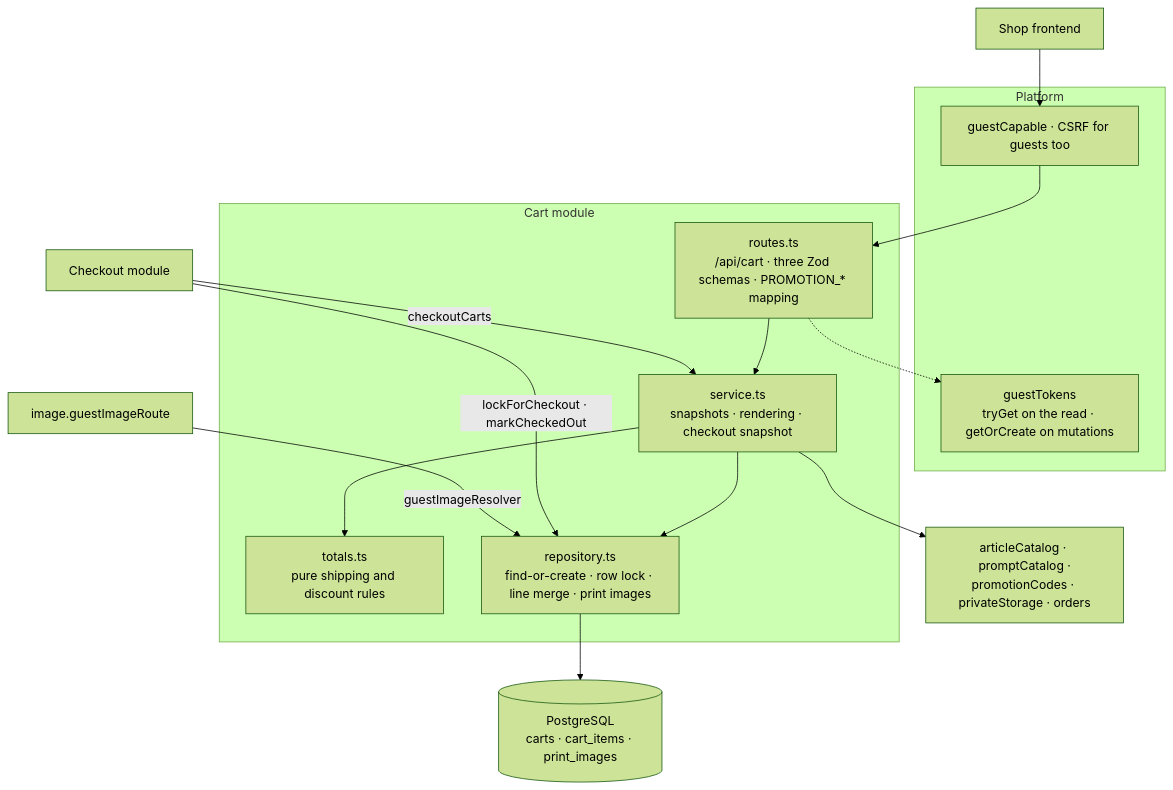
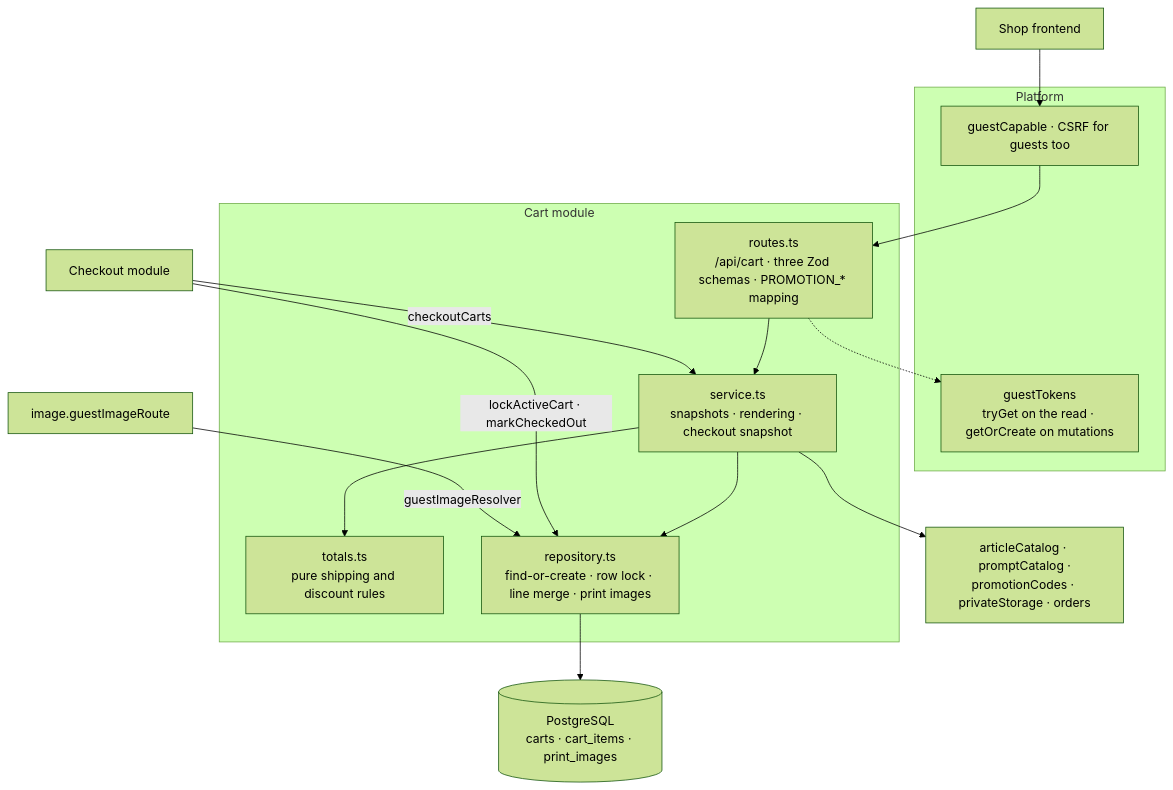
One commit to bitstorm-tech/voenix-shop-kotlin changed the diagram in docs/dev/backend/packages/cart-package.md. Above: the diagram before and after it, drawn with Mermaid (forest theme). The commit also changed other lines of this file and 20 other files, not shown here.

First line of the commit message:
Harden cart pricing, checkout placement, and payment retries

````diff
--- a/docs/dev/backend/packages/cart-package.md
+++ b/docs/dev/backend/packages/cart-package.md
@@ -36,30 +36,30 @@
 ```mermaid
 flowchart TB
     Client["Shop frontend"]
     Checkout["Checkout module"]
     ImageRoute["image.guestImageRoute"]
 
     subgraph Platform["Platform"]
         Guest["guestCapable · CSRF for guests too"]
         Tokens["guestTokens<br/>tryGet on the read · getOrCreate on mutations"]
     end
 
     subgraph Cart["Cart module"]
         Routes["routes.ts<br/>/api/cart · three Zod schemas · PROMOTION_* mapping"]
         Service["service.ts<br/>snapshots · rendering · checkout snapshot"]
         Totals["totals.ts<br/>pure shipping and discount rules"]
         Repository["repository.ts<br/>find-or-create · row lock · line merge · print images"]
     end
 
     Catalogs["articleCatalog · promptCatalog ·<br/>promotionCodes · privateStorage · orders"]
     Tables[("PostgreSQL<br/>carts · cart_items · print_images")]
 
     Client --> Guest --> Routes
     Routes -.-> Tokens
     Routes --> Service --> Repository --> Tables
     Service --> Totals
     Service --> Catalogs
     Checkout -- "checkoutCarts" --> Service
-    Checkout -- "lockForCheckout · markCheckedOut" --> Repository
+    Checkout -- "lockActiveCart · markCheckedOut" --> Repository
     ImageRoute -- "guestImageResolver" --> Repository
 ```
````
